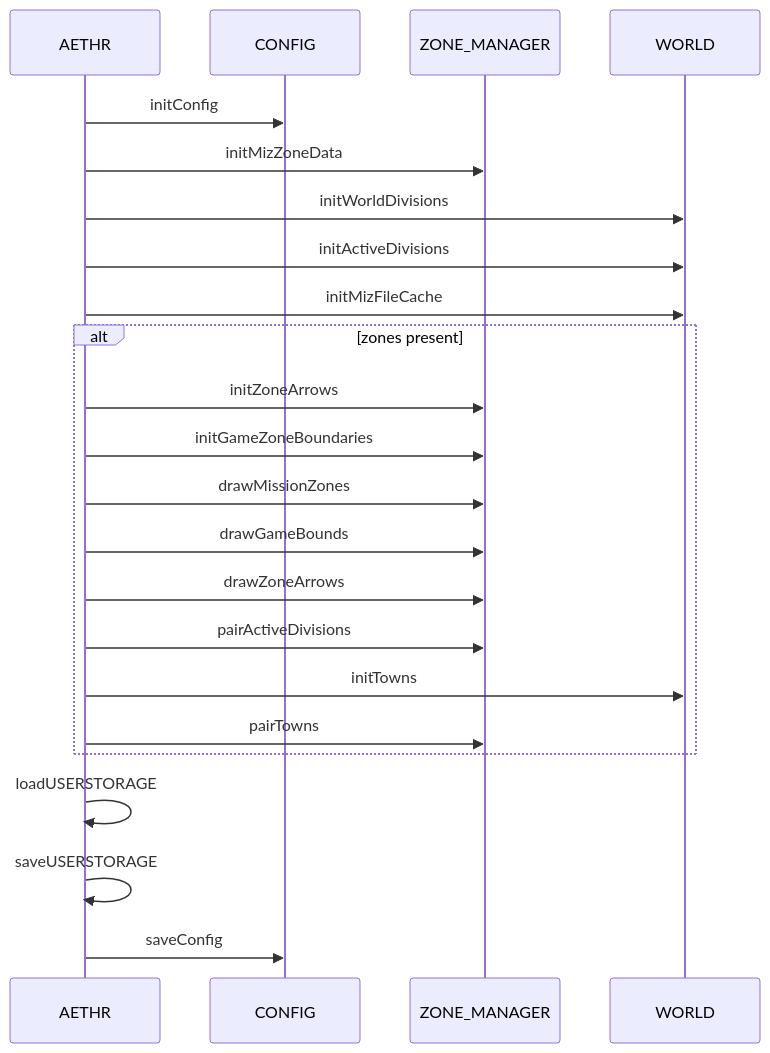
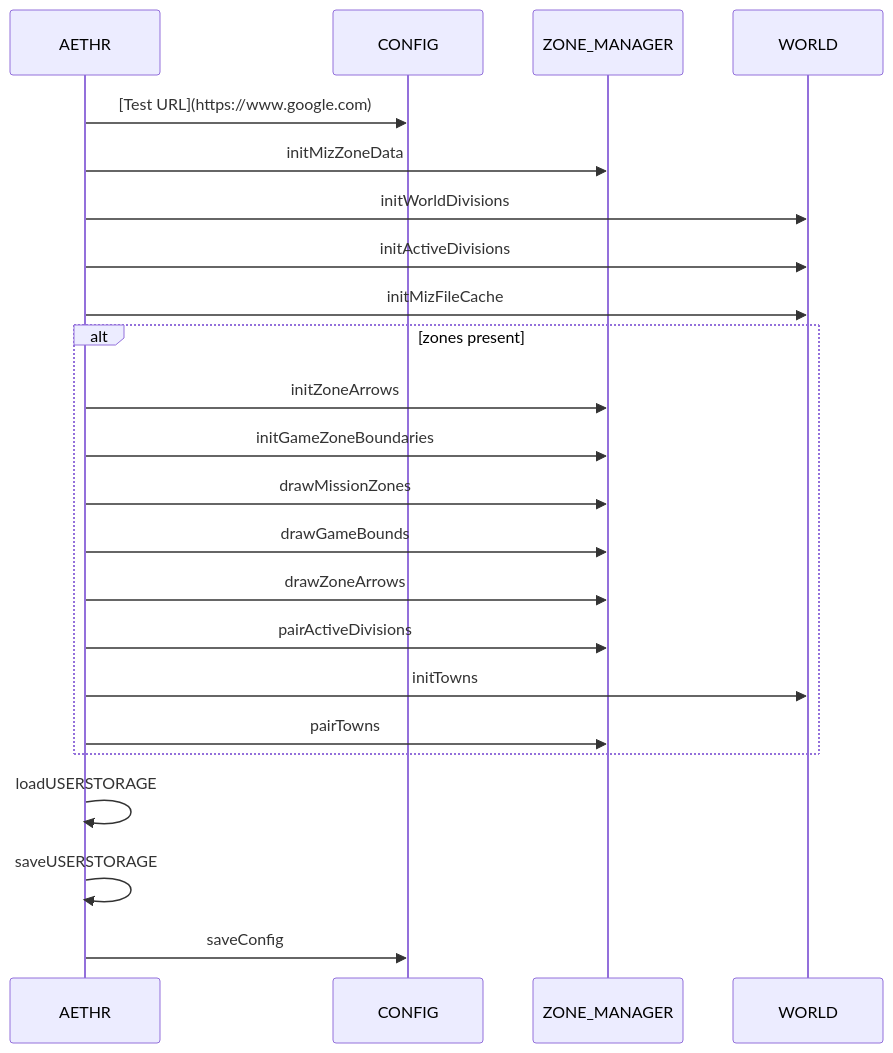
Before and after one commit to Gh0st352/AETHR: the third of 4 diagrams in docs/aethr/README.md, drawn with Mermaid. The commit also changed other lines of this file, not shown here.

Commit message:
docs(_mermaid): add clickable anchors to AETHR diagrams — embed source links in node labels, add click directives for flowcharts and commented click refs for sequence diagrams, and remove explicit LR flow direction

````diff
--- a/docs/aethr/README.md
+++ b/docs/aethr/README.md
@@ -106,29 +127,35 @@
 ```mermaid
 %% shared theme: docs/_mermaid/theme.json %%
 sequenceDiagram
   participant A as AETHR
   participant C as CONFIG
   participant Z as ZONE_MANAGER
   participant W as WORLD
 
-  A->>C: initConfig
+  A->>C: [Test URL](https://www.google.com)
+  %% initConfig
   A->>Z: initMizZoneData
   A->>W: initWorldDivisions
   A->>W: initActiveDivisions
   A->>W: initMizFileCache
 
   alt zones present
     A->>Z: initZoneArrows
     A->>Z: initGameZoneBoundaries
     A->>Z: drawMissionZones
     A->>Z: drawGameBounds
     A->>Z: drawZoneArrows
     A->>Z: pairActiveDivisions
     A->>W: initTowns
     A->>Z: pairTowns
   end
 
   A->>A: loadUSERSTORAGE
   A->>A: saveUSERSTORAGE
   A->>C: saveConfig
+
+ %% click A "https://github.com/Gh0st352/AETHR/blob/main/dev/AETHR.lua#L199" "AETHR:Init (call site)"
+ %% click C "https://github.com/Gh0st352/AETHR/blob/main/dev/CONFIG_.lua#L364" "CONFIG:initConfig"
+ %% click Z "https://github.com/Gh0st352/AETHR/blob/main/dev/ZONE_MANAGER.lua#L931" "ZONE_MANAGER"
+ %% click W "https://github.com/Gh0st352/AETHR/blob/main/dev/WORLD.lua#L1156" "WORLD"
 ```
````
